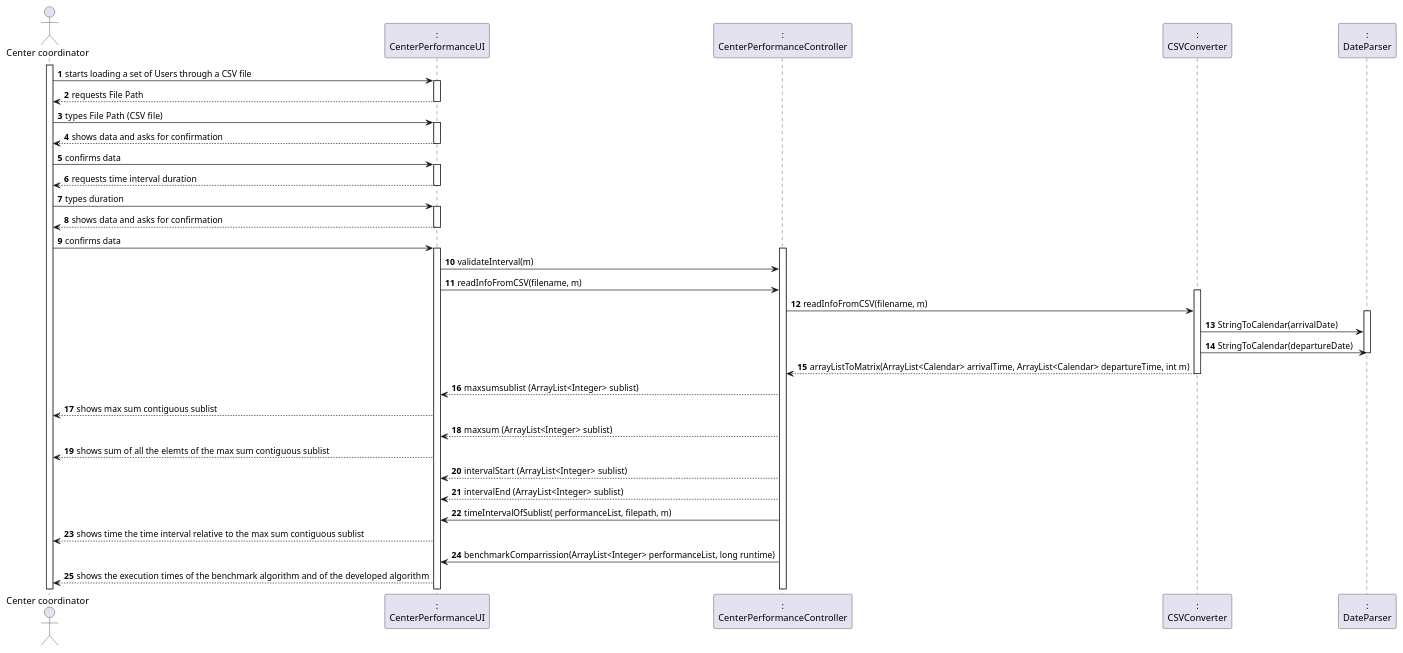
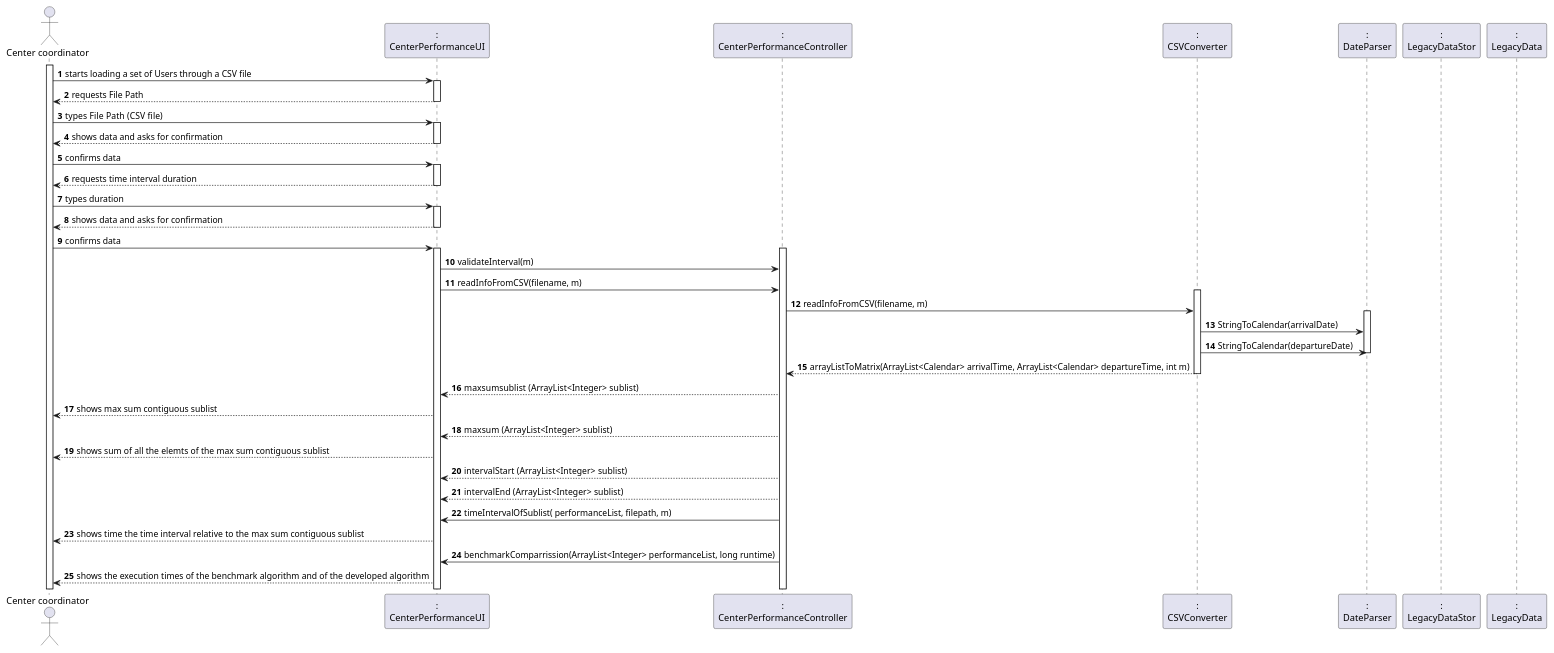
The diagram in docs/SprintD/US/US16/US016_SD.puml (PedroMesquita1211171/VaccinationManager), drawn with PlantUML before and after one commit. The commit also changed 8 other files, not shown here.

```diff
--- a/docs/SprintD/US/US16/US016_SD.puml
+++ b/docs/SprintD/US/US16/US016_SD.puml
@@ -1,53 +1,55 @@
 @startuml
 'https://plantuml.com/sequence-diagram
 
 autonumber
 actor "Center coordinator" as CC
 
 participant ":\nCenterPerformanceUI" as UI
 participant ":\nCenterPerformanceController" as CTRL
 participant ":\nCSVConverter" as FILE
 participant ":\nDateParser" as DATE
+participant ":\nLegacyDataStor" as STORE
+participant ":\nLegacyData" as DATA
 
 activate CC
 CC -> UI : starts loading a set of Users through a CSV file
 activate UI
 UI --> CC : requests File Path
 deactivate UI
 CC-> UI : types File Path  (CSV file)
 activate UI
 UI --> CC : shows data and asks for confirmation
 deactivate UI
 CC -> UI : confirms data
 activate UI
 UI --> CC: requests time interval duration
 deactivate UI
 CC -> UI : types duration
 activate UI
 UI --> CC : shows data and asks for confirmation
 deactivate UI
 CC -> UI : confirms data
 
 activate UI
 activate CTRL
 UI -> CTRL : validateInterval(m)
 UI -> CTRL : readInfoFromCSV(filename, m)
 activate FILE
 CTRL -> FILE : readInfoFromCSV(filename, m)
 activate  DATE
 FILE-> DATE : StringToCalendar(arrivalDate)
 FILE-> DATE : StringToCalendar(departureDate)
 deactivate DATE
 FILE --> CTRL : arrayListToMatrix(ArrayList<Calendar> arrivalTime, ArrayList<Calendar> departureTime, int m)
 deactivate FILE
 CTRL --> UI : maxsumsublist (ArrayList<Integer>  sublist)
 UI --> CC : shows max sum contiguous sublist
 CTRL --> UI : maxsum (ArrayList<Integer>  sublist)
 UI --> CC : shows sum of all the elemts of the max sum contiguous sublist
 CTRL --> UI : intervalStart (ArrayList<Integer>  sublist)
 CTRL --> UI : intervalEnd (ArrayList<Integer>  sublist)
 CTRL -> UI : timeIntervalOfSublist( performanceList, filepath, m)
 UI --> CC : shows time the time interval relative to the max sum contiguous sublist
 CTRL -> UI : benchmarkComparrission(ArrayList<Integer> performanceList, long runtime)
 UI --> CC : shows the execution times of the benchmark algorithm and of the developed algorithm
 @enduml
```
